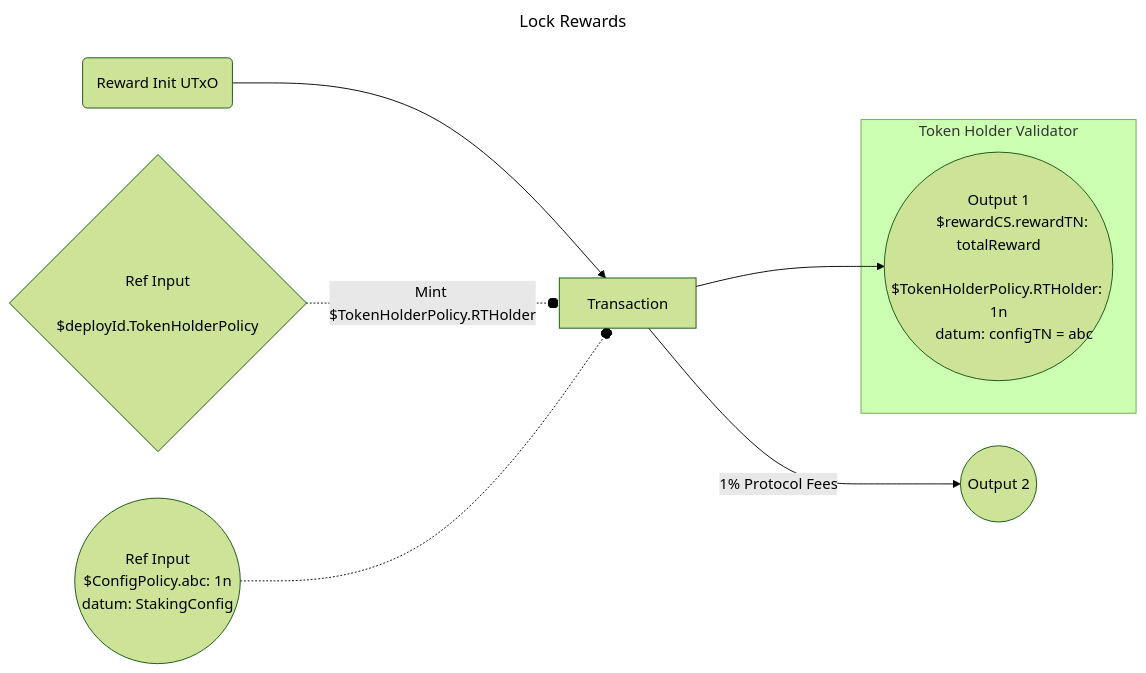
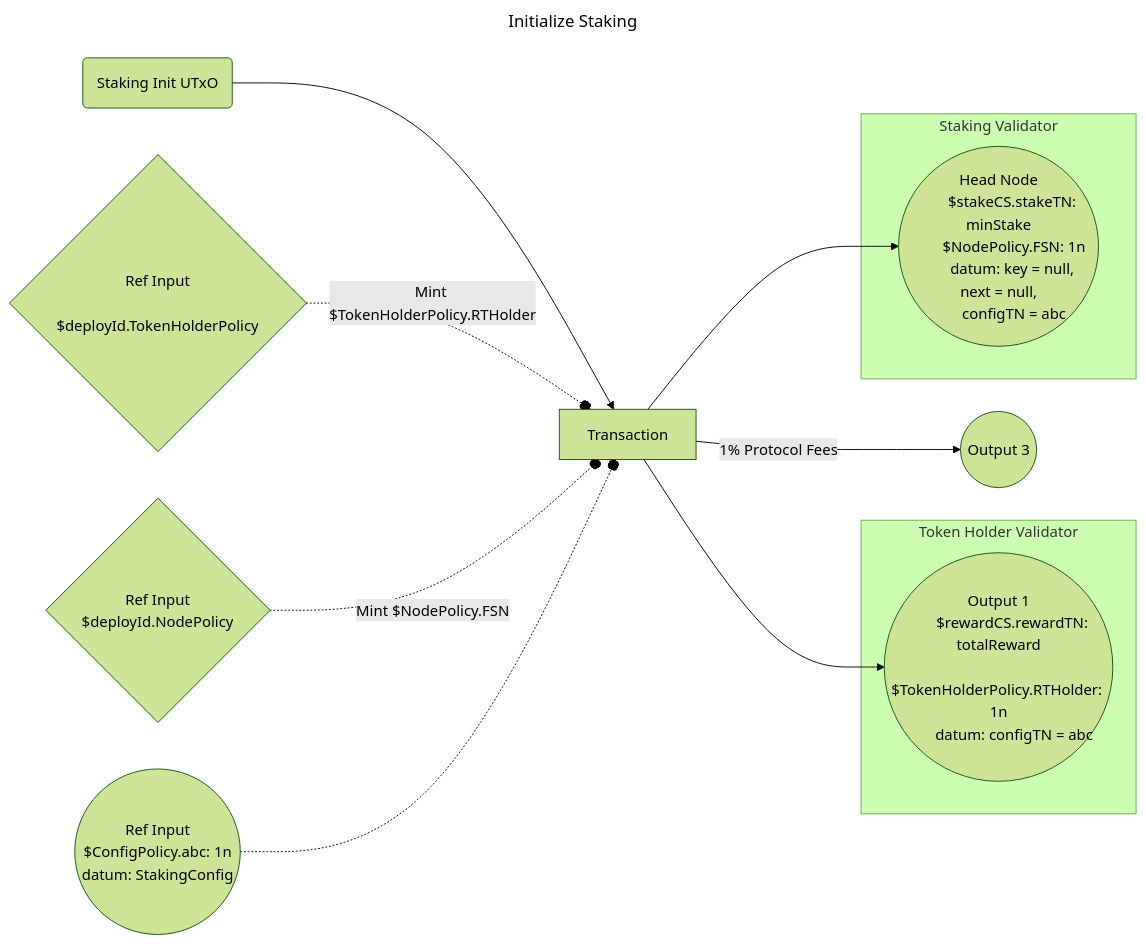
Before and after one commit to Anastasia-Labs/single-asset-staking-offchain: the fourth of 8 diagrams in README.md, drawn with Mermaid (forest theme). The commit also changed other lines of this file, not shown here.

````diff
--- a/README.md
+++ b/README.md
@@ -176,23 +180,33 @@
 ```mermaid
 ---
-title: Lock Rewards
+title: Initialize Staking
 ---
 graph LR
-    I1(Reward Init UTxO)
+    I1(Staking Init UTxO)
     TX[ Transaction ]
     subgraph Token Holder Validator
     O1(("Output 1
         $rewardCS.rewardTN: totalReward
         $TokenHolderPolicy.RTHolder: 1n
         datum: configTN = abc"))
     end
-    O2(("Output 2"))
+    subgraph Staking Validator
+    O2(("Head Node
+        $stakeCS.stakeTN: minStake
+        $NodePolicy.FSN: 1n
+        datum: key = null, next = null,
+        configTN = abc"))
+    end
+    O3(("Output 3"))
     I1 --> TX
-    MP{"Ref Input
+    MP1{"Ref Input
       $deployId.TokenHolderPolicy"}  -.-o|Mint $TokenHolderPolicy.RTHolder| TX
     TX --> O1
-    TX -->|1% Protocol Fees| O2
+    TX --> O2
+    MP2{"Ref Input
+      $deployId.NodePolicy"}  -.-o|Mint $NodePolicy.FSN| TX
+    TX -->|1% Protocol Fees| O3
     R1(("Ref Input
         $ConfigPolicy.abc: 1n
         datum: StakingConfig")) -.-o TX
 ```
````
